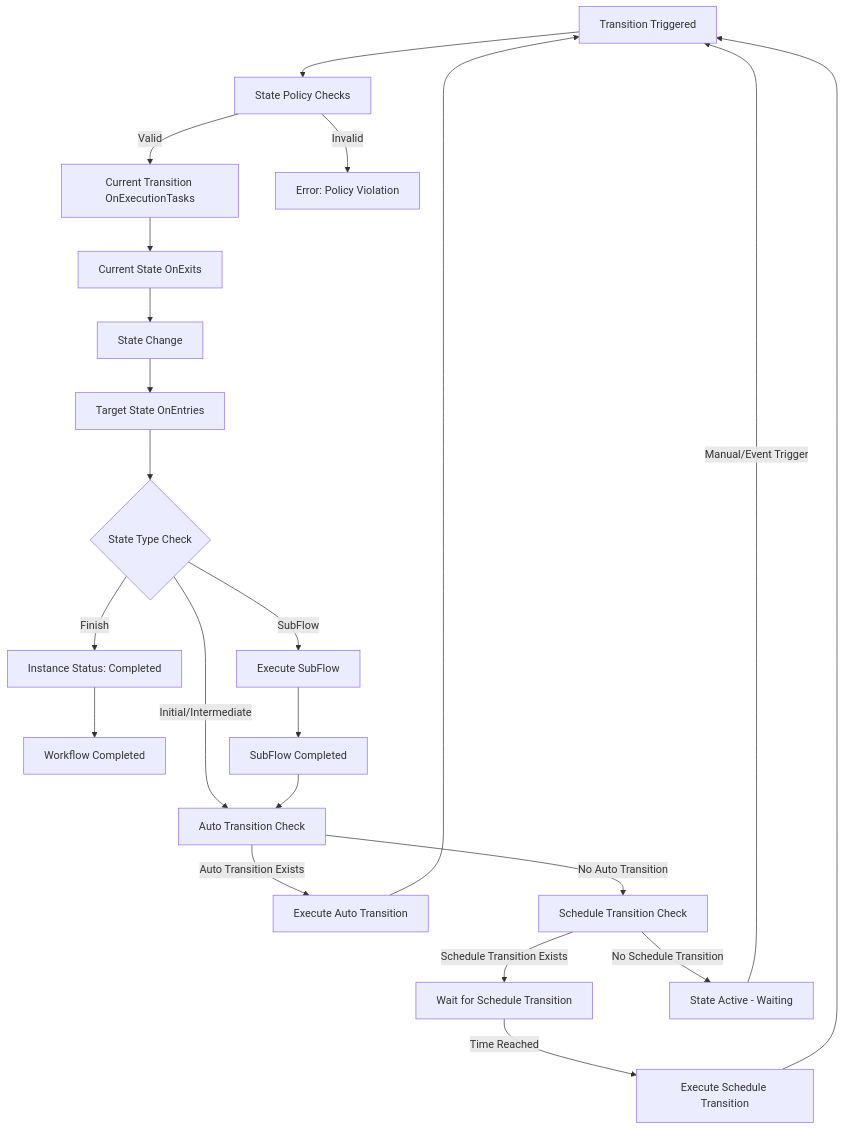
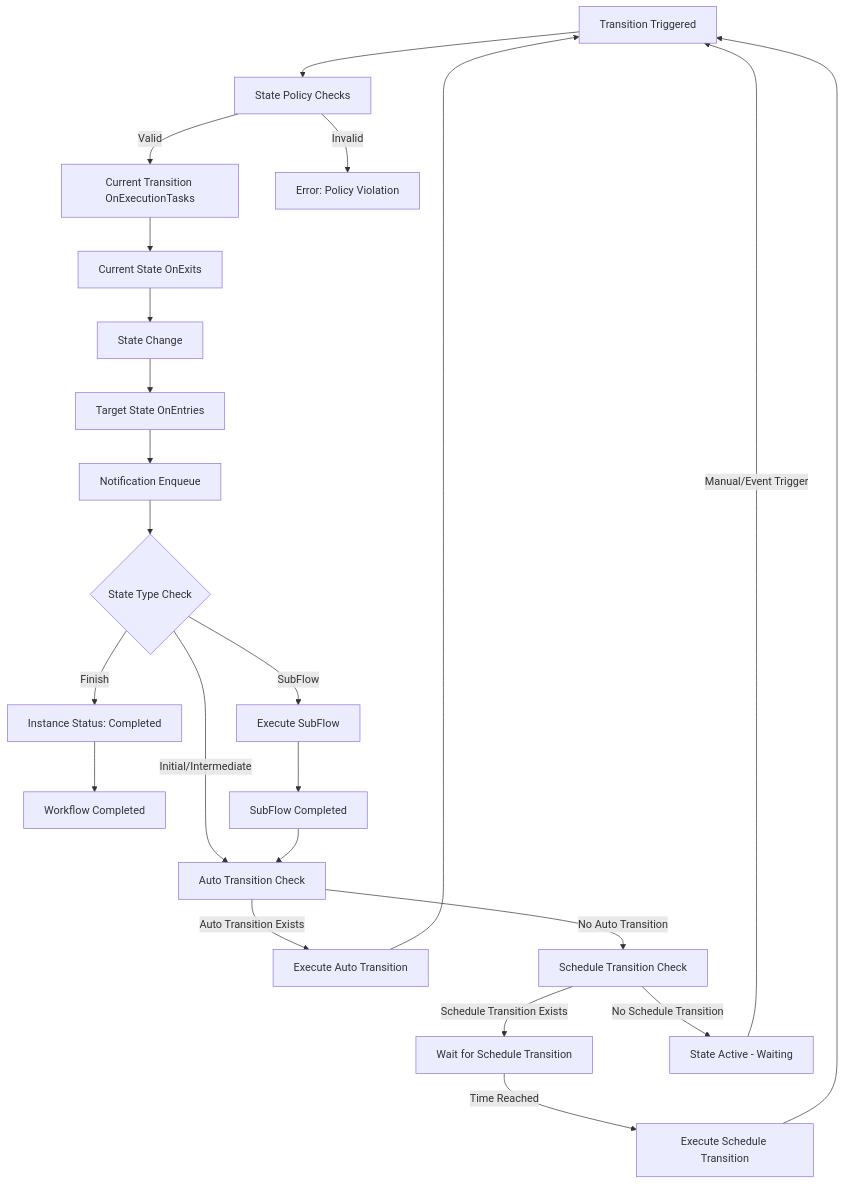
The diagram in docs/components/workflow.md (burgan-tech/vnext-docs), drawn with Mermaid before and after one commit. The commit also changed other lines of this file and 8 other files, not shown here.

````diff
--- a/docs/components/workflow.md
+++ b/docs/components/workflow.md
@@ -414,33 +463,34 @@
 ```mermaid
 flowchart TD
     A[Transition Triggered] --> B[State Policy Checks]
     B --> |Valid| C[Current Transition OnExecutionTasks]
     B --> |Invalid| END1["Error: Policy Violation"]
 
     C --> D[Current State OnExits]
     D --> E[State Change]
     E --> F[Target State OnEntries]
 
-    F --> G{"State Type Check"}
+    F --> NOTIF[Notification Enqueue]
+    NOTIF --> G{"State Type Check"}
 
     G --> |Finish| H["Instance Status: Completed"]
     G --> |SubFlow| I[Execute SubFlow]
     G --> |"Initial/Intermediate"| J[Auto Transition Check]
 
     H --> END2[Workflow Completed]
     I --> K[SubFlow Completed]
     K --> J
 
     J --> |Auto Transition Exists| L[Execute Auto Transition]
     J --> |No Auto Transition| M[Schedule Transition Check]
 
     L --> A
 
     M --> |Schedule Transition Exists| N[Wait for Schedule Transition]
     M --> |No Schedule Transition| O["State Active - Waiting"]
 
     N --> |Time Reached| P[Execute Schedule Transition]
     P --> A
 
     O --> |"Manual/Event Trigger"| A
 ```
````
